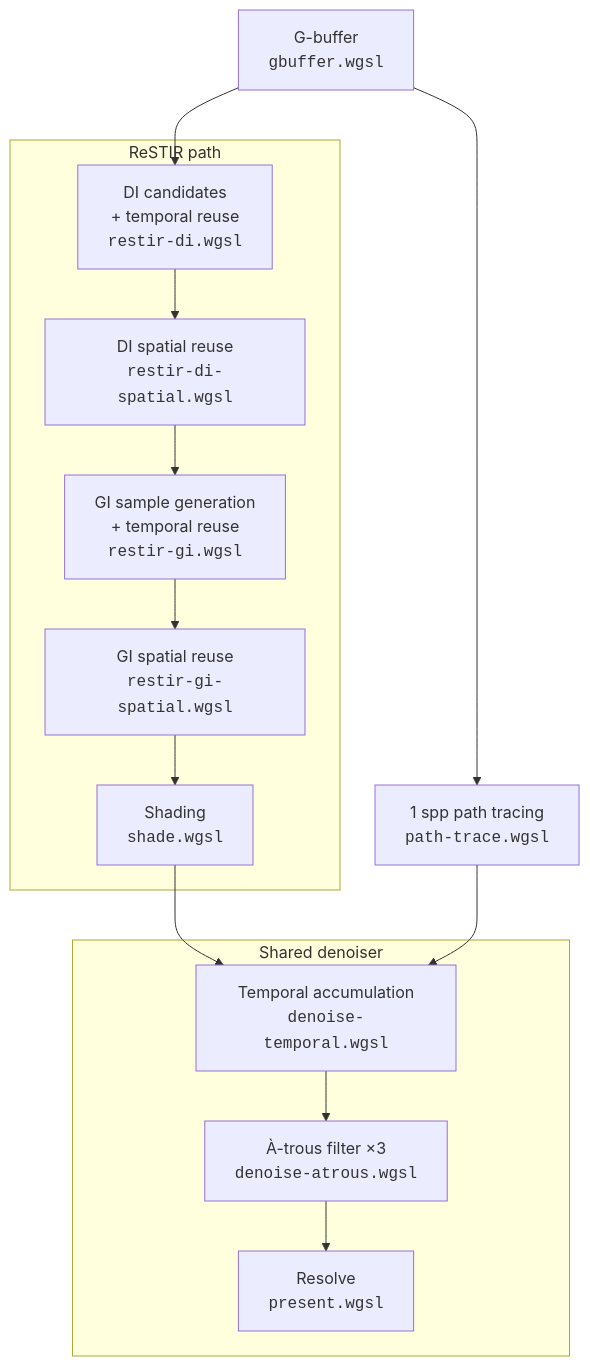
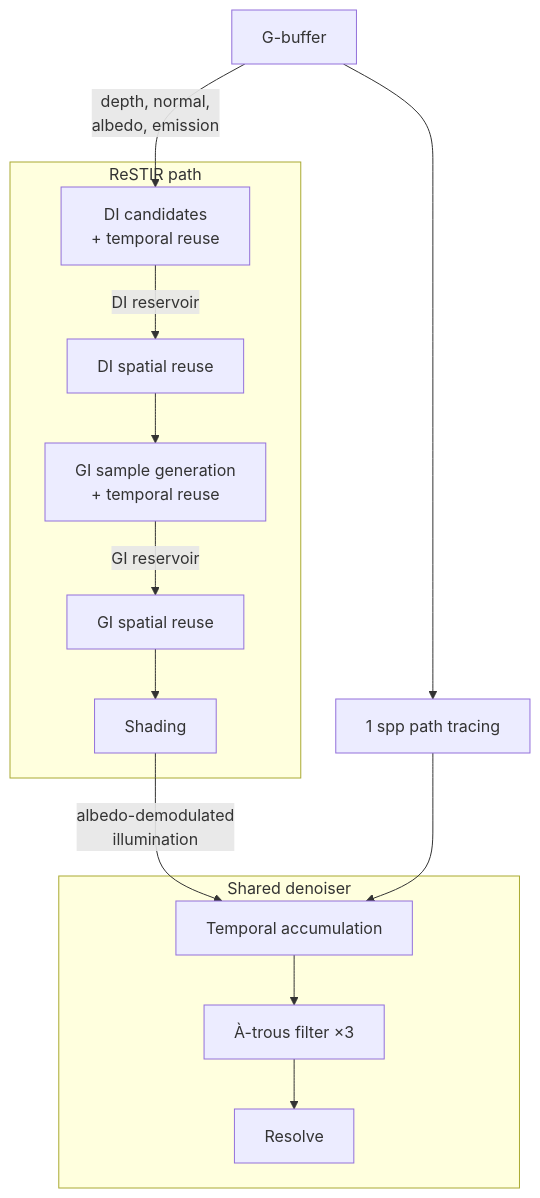
The diagram in docs/architecture.md (nemolize/web-gi), drawn with Mermaid before and after one commit. The commit also changed other lines of this file and 3 other files, not shown here.

````diff
--- a/docs/architecture.md
+++ b/docs/architecture.md
@@ -8,29 +8,29 @@
 ```mermaid
 flowchart TD
-    G["G-buffer<br/><code>gbuffer.wgsl</code>"] --> DI["DI candidates<br/>+ temporal reuse<br/><code>restir-di.wgsl</code>"]
-    G --> PT["1 spp path tracing<br/><code>path-trace.wgsl</code>"]
+    G["G-buffer"] -- "depth, normal,<br/>albedo, emission" --> DI["DI candidates<br/>+ temporal reuse"]
+    G --> PT["1 spp path tracing"]
 
-    DI --> DIS["DI spatial reuse<br/><code>restir-di-spatial.wgsl</code>"]
-    DIS --> GI["GI sample generation<br/>+ temporal reuse<br/><code>restir-gi.wgsl</code>"]
-    GI --> GIS["GI spatial reuse<br/><code>restir-gi-spatial.wgsl</code>"]
-    GIS --> SH["Shading<br/><code>shade.wgsl</code>"]
+    DI -- "DI reservoir" --> DIS["DI spatial reuse"]
+    DIS --> GI["GI sample generation<br/>+ temporal reuse"]
+    GI -- "GI reservoir" --> GIS["GI spatial reuse"]
+    GIS --> SH["Shading"]
 
-    SH --> TA["Temporal accumulation<br/><code>denoise-temporal.wgsl</code>"]
+    SH -- "albedo-demodulated<br/>illumination" --> TA["Temporal accumulation"]
     PT --> TA
-    TA --> AT["À-trous filter ×3<br/><code>denoise-atrous.wgsl</code>"]
-    AT --> RS["Resolve<br/><code>present.wgsl</code>"]
+    TA --> AT["À-trous filter ×3"]
+    AT --> RS["Resolve"]
 
     subgraph reuse ["ReSTIR path"]
         DI
         DIS
         GI
         GIS
         SH
     end
 
     subgraph denoise ["Shared denoiser"]
         TA
         AT
         RS
     end
 ```
````
